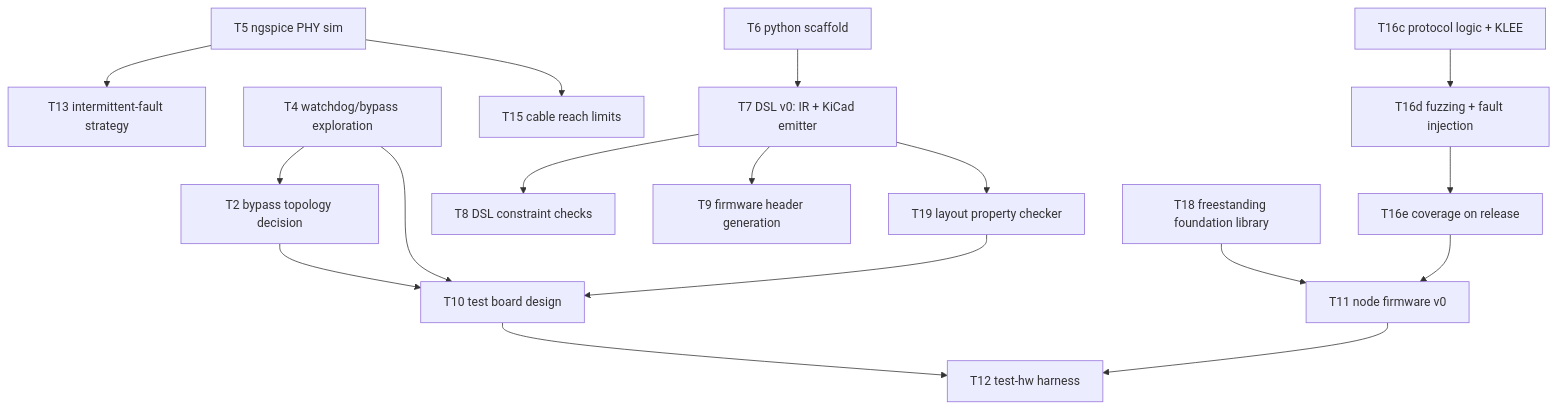
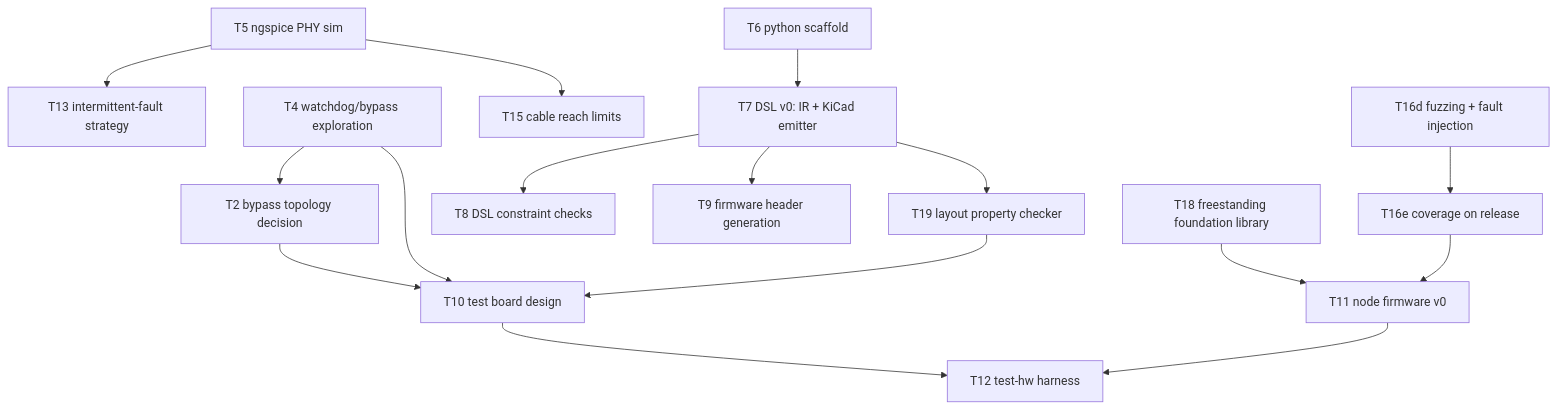
The diagram in KANBAN.md (kristofferkoch/oparroy), drawn with Mermaid before and after one commit. The commit also changed other lines of this file and 17 other files, not shown here.

````diff
--- a/KANBAN.md
+++ b/KANBAN.md
@@ -34,19 +34,18 @@
 ```mermaid
 graph TD
     T5[T5 ngspice PHY sim] --> T13[T13 intermittent-fault strategy]
     T4[T4 watchdog/bypass exploration] --> T2[T2 bypass topology decision]
     T2 --> T10[T10 test board design]
     T4 --> T10
     T19 --> T10
     T6[T6 python scaffold] --> T7[T7 DSL v0: IR + KiCad emitter]
     T7 --> T8[T8 DSL constraint checks]
     T7 --> T9[T9 firmware header generation]
     T7 --> T19[T19 layout property checker]
     T10 --> T12[T12 test-hw harness]
     T11 --> T12
     T5 --> T15[T15 cable reach limits]
-    T16c[T16c protocol logic + KLEE] --> T16d[T16d fuzzing + fault injection]
-    T16d --> T16e[T16e coverage on release]
+    T16d[T16d fuzzing + fault injection] --> T16e[T16e coverage on release]
     T16e --> T11[T11 node firmware v0]
     T18[T18 freestanding foundation library] --> T11
 ```
````
